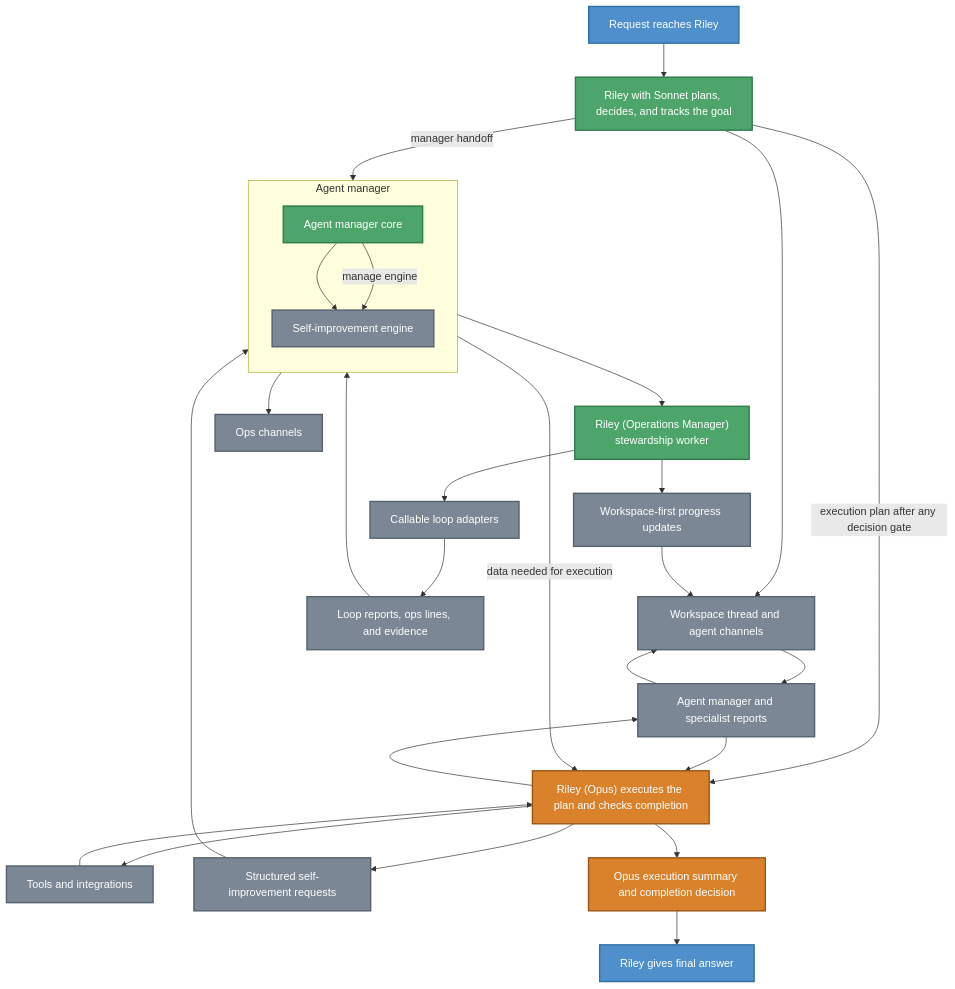
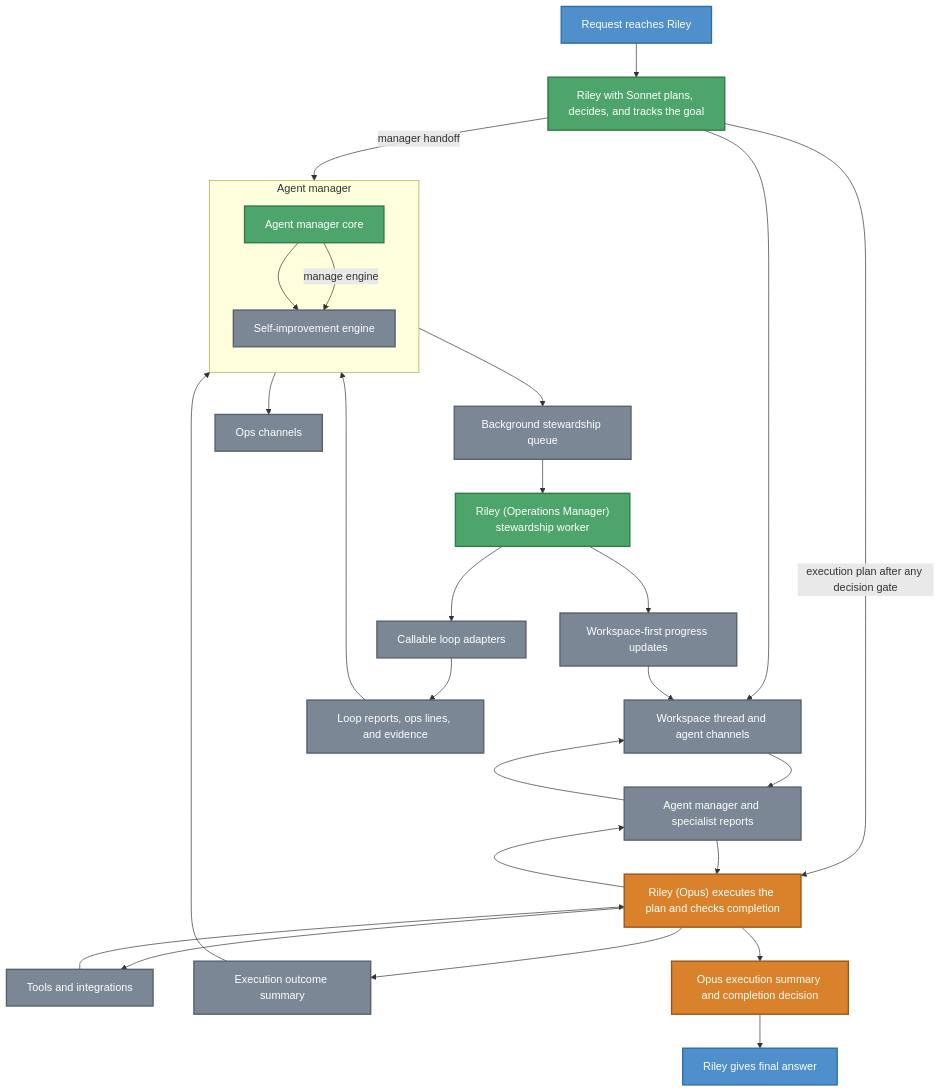
The third of 4 diagrams in .github/ARCHITECTURE.md (jflessenkemper/ASAP-discord), drawn with Mermaid before and after one commit. The commit also changed other lines of this file and 4 other files, not shown here.

Commit message:
Queue self-improvement off user path

````diff
--- a/.github/ARCHITECTURE.md
+++ b/.github/ARCHITECTURE.md
@@ -190,54 +193,54 @@
 ```mermaid
 flowchart TB
     Request[Request reaches Riley]
     Riley[Riley with Sonnet plans, decides, and tracks the goal]
     Workspace[Workspace thread and agent channels]
     Opus["Riley (Opus) executes the plan and checks completion"]
     Specialists[Agent manager and specialist reports]
     Tools[Tools and integrations]
-    StewardRequests[Structured self-improvement requests]
+    ExecutionOutcome[Execution outcome summary]
+    StewardQueue[Background stewardship queue]
     OpsSteward["Riley (Operations Manager)\nstewardship worker"]
     LoopAdapters[Callable loop adapters]
     LoopReports[Loop reports, ops lines, and evidence]
     OpsChannels[Ops channels]
     WorkspaceUpdates[Workspace-first progress updates]
     OpusReturn["Opus execution summary and completion decision"]
     FinalAnswer[Riley gives final answer]
 
     subgraph AgentManager[Agent manager]
         direction TB
         AgentManagerCore[Agent manager core]
         SelfImproveEngine[Self-improvement engine]
         AgentManagerCore --> SelfImproveEngine
     end
 
     Request --> Riley
     Riley --> Workspace
     Riley -->|execution plan after any decision gate| Opus
     Riley -->|manager handoff| AgentManager
     Opus --> Specialists
     Specialists --> Workspace
     Workspace --> Specialists
     Specialists --> Opus
     Opus --> Tools --> Opus
+    Opus --> ExecutionOutcome --> AgentManagerCore
     AgentManagerCore -->|manage engine| SelfImproveEngine
-    Opus --> StewardRequests --> SelfImproveEngine
-    SelfImproveEngine --> OpsSteward
+    SelfImproveEngine --> StewardQueue --> OpsSteward
     OpsSteward --> LoopAdapters --> LoopReports --> SelfImproveEngine
-    SelfImproveEngine -->|data needed for execution| Opus
     SelfImproveEngine --> OpsChannels
     OpsSteward --> WorkspaceUpdates --> Workspace
     Opus --> OpusReturn
     OpusReturn --> FinalAnswer
 
     classDef user fill:#4f8fcb,stroke:#2f6ea3,color:#ffffff,stroke-width:2px;
     classDef riley fill:#4ea56b,stroke:#2f7a49,color:#ffffff,stroke-width:2px;
     classDef opus fill:#d9822b,stroke:#9a5416,color:#ffffff,stroke-width:2px;
     classDef surface fill:#7b8794,stroke:#56616d,color:#ffffff,stroke-width:2px;
 
     class Request,FinalAnswer user;
     class Riley,AgentManagerCore riley;
     class Opus,OpusReturn opus;
-    class Workspace,Specialists,Tools,SelfImproveEngine,StewardRequests,LoopAdapters,LoopReports,OpsChannels,WorkspaceUpdates surface;
+    class Workspace,Specialists,Tools,SelfImproveEngine,ExecutionOutcome,StewardQueue,LoopAdapters,LoopReports,OpsChannels,WorkspaceUpdates surface;
     class OpsSteward riley;
 ```
````
